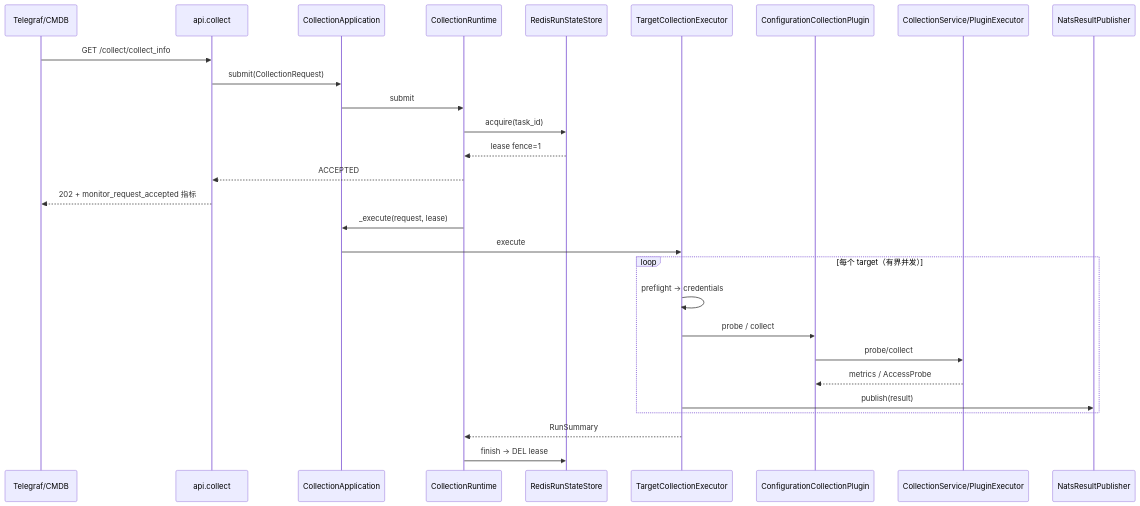
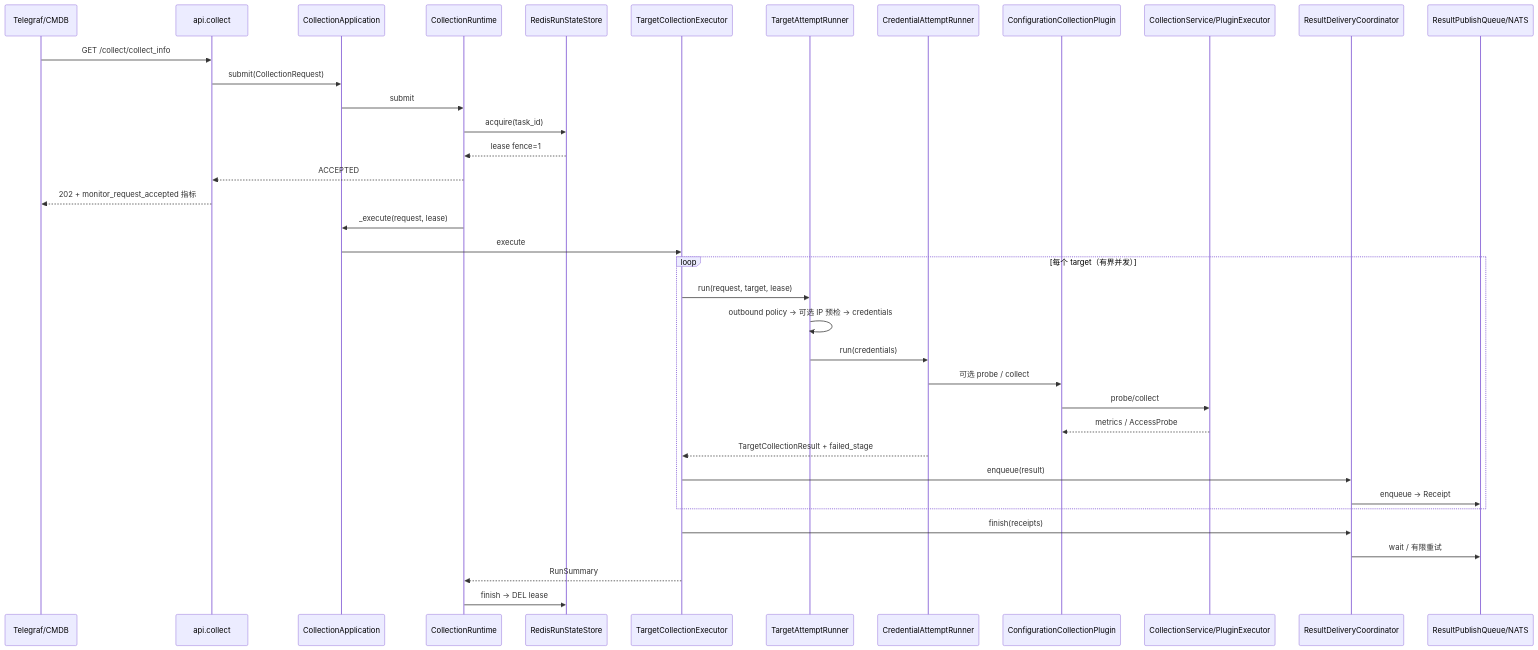
Before and after one commit to TencentBlueKing/bk-lite: the third of 3 diagrams in specs/changes/stargazer-stateless-async-collection/collection-code-flowcharts.md, drawn with Mermaid. The commit also changed other lines of this file and 45 other files, not shown here.

````diff
--- a/specs/changes/stargazer-stateless-async-collection/collection-code-flowcharts.md
+++ b/specs/changes/stargazer-stateless-async-collection/collection-code-flowcharts.md
@@ -107,32 +111,41 @@
 ```mermaid
 sequenceDiagram
   participant Client as Telegraf/CMDB
   participant HTTP as api.collect
   participant App as CollectionApplication
   participant RT as CollectionRuntime
   participant Redis as RedisRunStateStore
   participant EX as TargetCollectionExecutor
+  participant TA as TargetAttemptRunner
+  participant CA as CredentialAttemptRunner
   participant Plug as ConfigurationCollectionPlugin
   participant Svc as CollectionService/PluginExecutor
-  participant NATS as NatsResultPublisher
+  participant Delivery as ResultDeliveryCoordinator
+  participant NATS as ResultPublishQueue/NATS
 
   Client->>HTTP: GET /collect/collect_info
   HTTP->>App: submit(CollectionRequest)
   App->>RT: submit
   RT->>Redis: acquire(task_id)
   Redis-->>RT: lease fence=1
   RT-->>HTTP: ACCEPTED
   HTTP-->>Client: 202 + monitor_request_accepted 指标
 
   RT->>App: _execute(request, lease)
   App->>EX: execute
   loop 每个 target（有界并发）
-    EX->>EX: preflight → credentials
-    EX->>Plug: probe / collect
+    EX->>TA: run(request, target, lease)
+    TA->>TA: outbound policy → 可选 IP 预检 → credentials
+    TA->>CA: run(credentials)
+    CA->>Plug: 可选 probe / collect
     Plug->>Svc: probe/collect
     Svc-->>Plug: metrics / AccessProbe
-    EX->>NATS: publish(result)
+    CA-->>EX: TargetCollectionResult + failed_stage
+    EX->>Delivery: enqueue(result)
+    Delivery->>NATS: enqueue → Receipt
   end
+  EX->>Delivery: finish(receipts)
+  Delivery->>NATS: wait / 有限重试
   EX-->>RT: RunSummary
   RT->>Redis: finish → DEL lease
 ```
````
